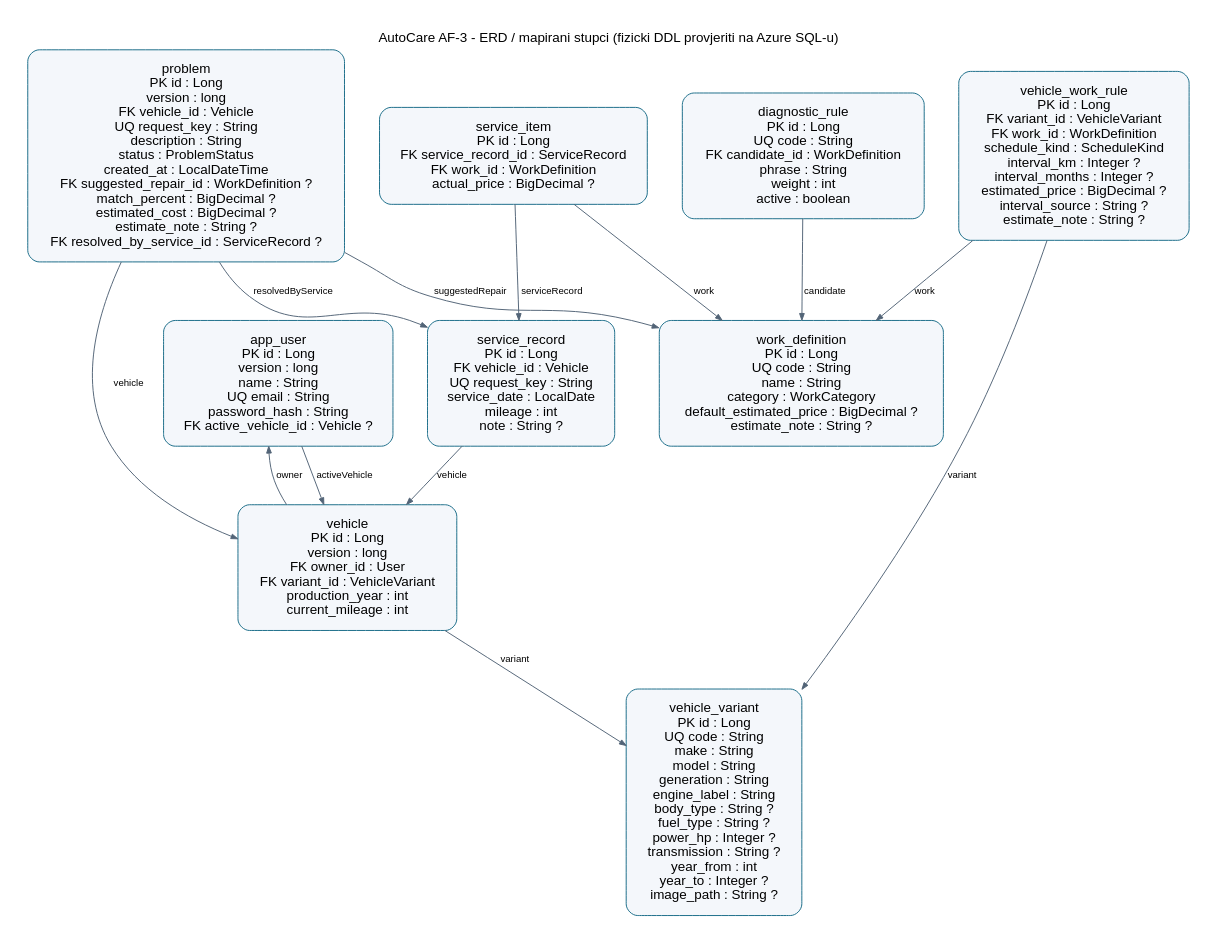
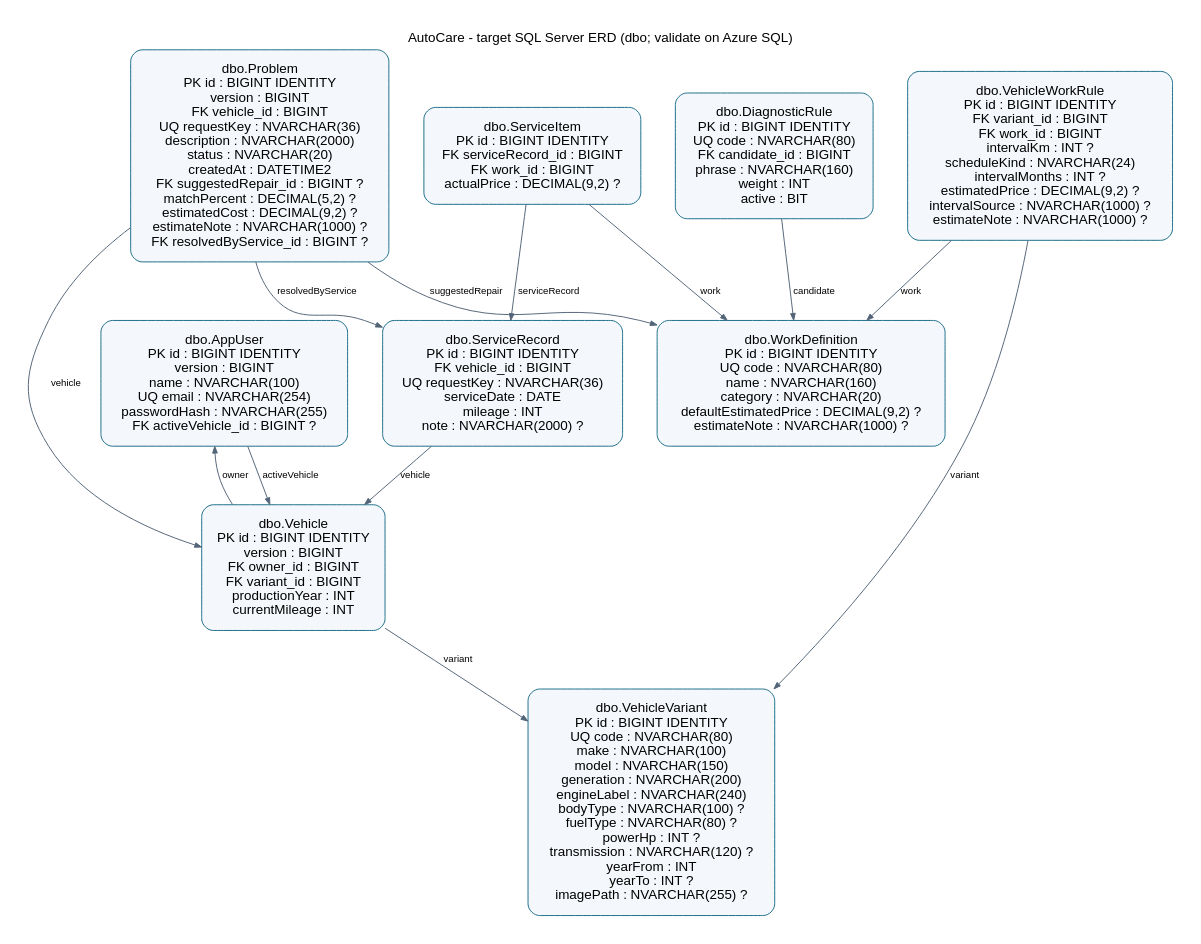
One commit to KarloLerga/AutoCare changed the diagram in docs/erd.dot. Above: the diagram before and after it, drawn with Graphviz. The commit also changed 39 other files, not shown here.

```diff
--- a/docs/erd.dot
+++ b/docs/erd.dot
@@ -1,24 +1,44 @@
-digraph G { graph [rankdir=TB, bgcolor="white", pad="0.3", nodesep="0.5", ranksep="0.7", fontname="Helvetica"]; node [fontname="Helvetica", shape=box, style="rounded,filled", fillcolor="#F4F7FB", color="#176B87", margin="0.18"]; edge [fontname="Helvetica", fontsize=10, color="#526477"];
-label="AutoCare AF-3 - ERD / mapirani stupci (fizicki DDL provjeriti na Azure SQL-u)"; labelloc=t;
-User [label="app_user\nPK id : Long\nversion : long\nname : String\nUQ email : String\npassword_hash : String\nFK active_vehicle_id : Vehicle ?"];
-User -> Vehicle [label="activeVehicle", arrowsize=0.7];
-VehicleVariant [label="vehicle_variant\nPK id : Long\nUQ code : String\nmake : String\nmodel : String\ngeneration : String\nengine_label : String\nbody_type : String ?\nfuel_type : String ?\npower_hp : Integer ?\ntransmission : String ?\nyear_from : int\nyear_to : Integer ?\nimage_path : String ?"];
-Vehicle [label="vehicle\nPK id : Long\nversion : long\nFK owner_id : User\nFK variant_id : VehicleVariant\nproduction_year : int\ncurrent_mileage : int"];
-Vehicle -> User [label="owner", arrowsize=0.7];
-Vehicle -> VehicleVariant [label="variant", arrowsize=0.7];
-WorkDefinition [label="work_definition\nPK id : Long\nUQ code : String\nname : String\ncategory : WorkCategory\ndefault_estimated_price : BigDecimal ?\nestimate_note : String ?"];
-VehicleWorkRule [label="vehicle_work_rule\nPK id : Long\nFK variant_id : VehicleVariant\nFK work_id : WorkDefinition\nschedule_kind : ScheduleKind\ninterval_km : Integer ?\ninterval_months : Integer ?\nestimated_price : BigDecimal ?\ninterval_source : String ?\nestimate_note : String ?"];
-VehicleWorkRule -> VehicleVariant [label="variant", arrowsize=0.7];
-VehicleWorkRule -> WorkDefinition [label="work", arrowsize=0.7];
-ServiceRecord [label="service_record\nPK id : Long\nFK vehicle_id : Vehicle\nUQ request_key : String\nservice_date : LocalDate\nmileage : int\nnote : String ?"];
-ServiceRecord -> Vehicle [label="vehicle", arrowsize=0.7];
-ServiceItem [label="service_item\nPK id : Long\nFK service_record_id : ServiceRecord\nFK work_id : WorkDefinition\nactual_price : BigDecimal ?"];
-ServiceItem -> ServiceRecord [label="serviceRecord", arrowsize=0.7];
-ServiceItem -> WorkDefinition [label="work", arrowsize=0.7];
-Problem [label="problem\nPK id : Long\nversion : long\nFK vehicle_id : Vehicle\nUQ request_key : String\ndescription : String\nstatus : ProblemStatus\ncreated_at : LocalDateTime\nFK suggested_repair_id : WorkDefinition ?\nmatch_percent : BigDecimal ?\nestimated_cost : BigDecimal ?\nestimate_note : String ?\nFK resolved_by_service_id : ServiceRecord ?"];
-Problem -> Vehicle [label="vehicle", arrowsize=0.7];
-Problem -> WorkDefinition [label="suggestedRepair", arrowsize=0.7];
-Problem -> ServiceRecord [label="resolvedByService", arrowsize=0.7];
-DiagnosticRule [label="diagnostic_rule\nPK id : Long\nUQ code : String\nFK candidate_id : WorkDefinition\nphrase : String\nweight : int\nactive : boolean"];
-DiagnosticRule -> WorkDefinition [label="candidate", arrowsize=0.7];
+digraph AutoCareErD {
+    graph [
+        rankdir=TB,
+        bgcolor="white",
+        pad="0.3",
+        nodesep="0.5",
+        ranksep="0.7",
+        fontname="Helvetica",
+        label="AutoCare - target SQL Server ERD (dbo; validate on Azure SQL)",
+        labelloc=t
+    ];
+    node [
+        fontname="Helvetica",
+        shape=box,
+        style="rounded,filled",
+        fillcolor="#F4F7FB",
+        color="#176B87",
+        margin="0.18"
+    ];
+    edge [fontname="Helvetica", fontsize=10, color="#526477"];
+
+    AppUser [label="dbo.AppUser\nPK id : BIGINT IDENTITY\nversion : BIGINT\nname : NVARCHAR(100)\nUQ email : NVARCHAR(254)\npasswordHash : NVARCHAR(255)\nFK activeVehicle_id : BIGINT ?"];
+    VehicleVariant [label="dbo.VehicleVariant\nPK id : BIGINT IDENTITY\nUQ code : NVARCHAR(80)\nmake : NVARCHAR(100)\nmodel : NVARCHAR(150)\ngeneration : NVARCHAR(200)\nengineLabel : NVARCHAR(240)\nbodyType : NVARCHAR(100) ?\nfuelType : NVARCHAR(80) ?\npowerHp : INT ?\ntransmission : NVARCHAR(120) ?\nyearFrom : INT\nyearTo : INT ?\nimagePath : NVARCHAR(255) ?"];
+    Vehicle [label="dbo.Vehicle\nPK id : BIGINT IDENTITY\nversion : BIGINT\nFK owner_id : BIGINT\nFK variant_id : BIGINT\nproductionYear : INT\ncurrentMileage : INT"];
+    WorkDefinition [label="dbo.WorkDefinition\nPK id : BIGINT IDENTITY\nUQ code : NVARCHAR(80)\nname : NVARCHAR(160)\ncategory : NVARCHAR(20)\ndefaultEstimatedPrice : DECIMAL(9,2) ?\nestimateNote : NVARCHAR(1000) ?"];
+    VehicleWorkRule [label="dbo.VehicleWorkRule\nPK id : BIGINT IDENTITY\nFK variant_id : BIGINT\nFK work_id : BIGINT\nintervalKm : INT ?\nscheduleKind : NVARCHAR(24)\nintervalMonths : INT ?\nestimatedPrice : DECIMAL(9,2) ?\nintervalSource : NVARCHAR(1000) ?\nestimateNote : NVARCHAR(1000) ?"];
+    ServiceRecord [label="dbo.ServiceRecord\nPK id : BIGINT IDENTITY\nFK vehicle_id : BIGINT\nUQ requestKey : NVARCHAR(36)\nserviceDate : DATE\nmileage : INT\nnote : NVARCHAR(2000) ?"];
+    ServiceItem [label="dbo.ServiceItem\nPK id : BIGINT IDENTITY\nFK serviceRecord_id : BIGINT\nFK work_id : BIGINT\nactualPrice : DECIMAL(9,2) ?"];
+    Problem [label="dbo.Problem\nPK id : BIGINT IDENTITY\nversion : BIGINT\nFK vehicle_id : BIGINT\nUQ requestKey : NVARCHAR(36)\ndescription : NVARCHAR(2000)\nstatus : NVARCHAR(20)\ncreatedAt : DATETIME2\nFK suggestedRepair_id : BIGINT ?\nmatchPercent : DECIMAL(5,2) ?\nestimatedCost : DECIMAL(9,2) ?\nestimateNote : NVARCHAR(1000) ?\nFK resolvedByService_id : BIGINT ?"];
+    DiagnosticRule [label="dbo.DiagnosticRule\nPK id : BIGINT IDENTITY\nUQ code : NVARCHAR(80)\nFK candidate_id : BIGINT\nphrase : NVARCHAR(160)\nweight : INT\nactive : BIT"];
+
+    AppUser -> Vehicle [label="activeVehicle", arrowsize=0.7];
+    Vehicle -> AppUser [label="owner", arrowsize=0.7];
+    Vehicle -> VehicleVariant [label="variant", arrowsize=0.7];
+    VehicleWorkRule -> VehicleVariant [label="variant", arrowsize=0.7];
+    VehicleWorkRule -> WorkDefinition [label="work", arrowsize=0.7];
+    ServiceRecord -> Vehicle [label="vehicle", arrowsize=0.7];
+    ServiceItem -> ServiceRecord [label="serviceRecord", arrowsize=0.7];
+    ServiceItem -> WorkDefinition [label="work", arrowsize=0.7];
+    Problem -> Vehicle [label="vehicle", arrowsize=0.7];
+    Problem -> WorkDefinition [label="suggestedRepair", arrowsize=0.7];
+    Problem -> ServiceRecord [label="resolvedByService", arrowsize=0.7];
+    DiagnosticRule -> WorkDefinition [label="candidate", arrowsize=0.7];
 }
```
